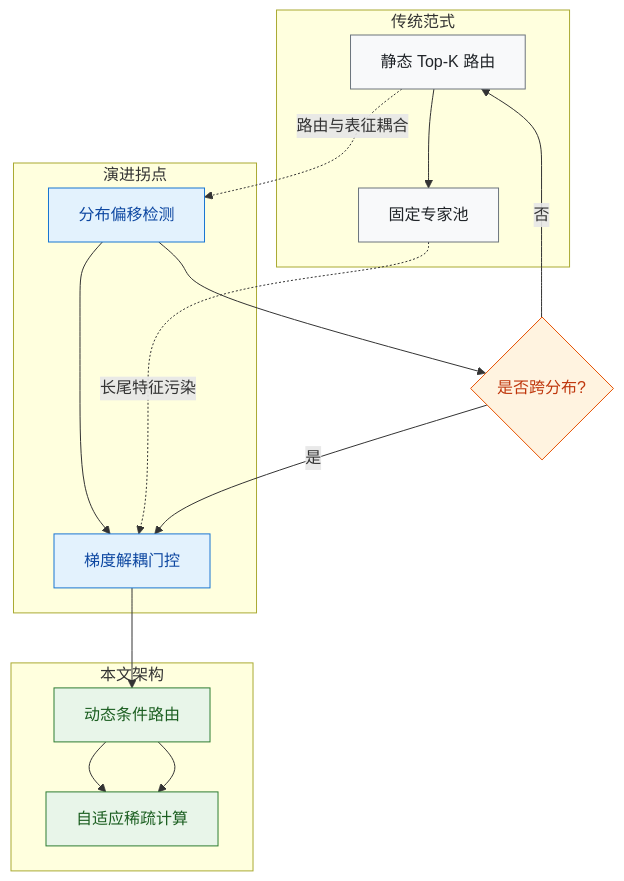
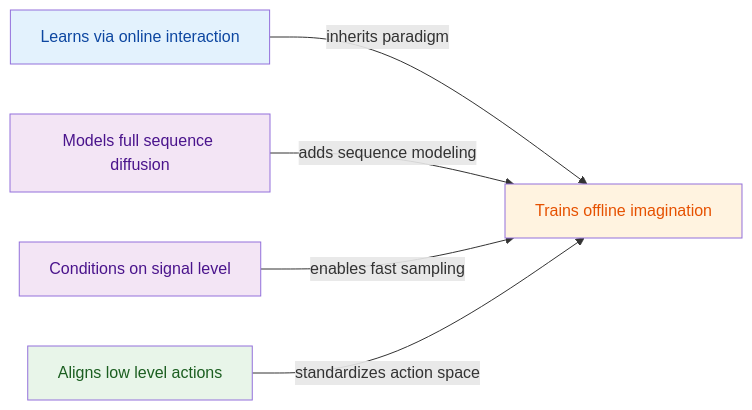
One commit to ShinewineW/paper-rolling changed the sixth of 10 diagrams in person_vault/2026-06-12_TrainingAgentsInsideOfScalableWorldModel_2509.24527/report.md. Above: the diagram before and after it, drawn with Mermaid. The commit also changed other lines of this file and 51 other files, not shown here.

````diff
--- a/person_vault/2026-06-12_TrainingAgentsInsideOfScalableWorldModel_2509.24527/report.md
+++ b/person_vault/2026-06-12_TrainingAgentsInsideOfScalableWorldModel_2509.24527/report.md
@@ -274,35 +454,18 @@
 ```mermaid
-flowchart TB
-    classDef legacy fill:#f8f9fa,stroke:#6c757d,color:#212529
-    classDef pivot fill:#e3f2fd,stroke:#1976d2,color:#0d47a1
-    classDef proposed fill:#e8f5e9,stroke:#2e7d32,color:#1b5e20
-    
-    subgraph 传统范式
-        static_route["静态 Top-K 路由"]:::legacy
-        fixed_expert["固定专家池"]:::legacy
-        static_route --> fixed_expert
-    end
-    
-    subgraph 演进拐点
-        dist_detect["分布偏移检测"]:::pivot
-        grad_decouple["梯度解耦门控"]:::pivot
-        dist_detect --> grad_decouple
-    end
-    
-    subgraph 本文架构
-        dyn_route["动态条件路由"]:::proposed
-        adapt_compute["自适应稀疏计算"]:::proposed
-        dyn_route --> adapt_compute
-    end
-    
-    static_route -. 路由与表征耦合 .-> dist_detect
-    fixed_expert -. 长尾特征污染 .-> grad_decouple
-    grad_decouple --> dyn_route
-    dyn_route --> adapt_compute
-    
-    classDef decision fill:#fff3e0,stroke:#e65100,color:#bf360c
-    fail_branch{是否跨分布?}:::decision
-    dist_detect --> fail_branch
-    fail_branch -- 是 --> grad_decouple
-    fail_branch -- 否 --> static_route
+flowchart LR
+  classDef prior fill:#e3f2fd,color:#0d47a1;
+  classDef foundation fill:#f3e5f5,color:#4a148c;
+  classDef protocol fill:#e8f5e9,color:#1b5e20;
+  classDef core fill:#fff3e0,color:#e65100;
+
+  d3_online["Learns via online interaction"]:::prior
+  diff_forcing["Models full sequence diffusion"]:::foundation
+  shortcut_models["Conditions on signal level"]:::foundation
+  vpt_protocol["Aligns low level actions"]:::protocol
+  dreamer4["Trains offline imagination"]:::core
+
+  d3_online -->|inherits paradigm| dreamer4
+  diff_forcing -->|adds sequence modeling| dreamer4
+  shortcut_models -->|enables fast sampling| dreamer4
+  vpt_protocol -->|standardizes action space| dreamer4
 ```
````
